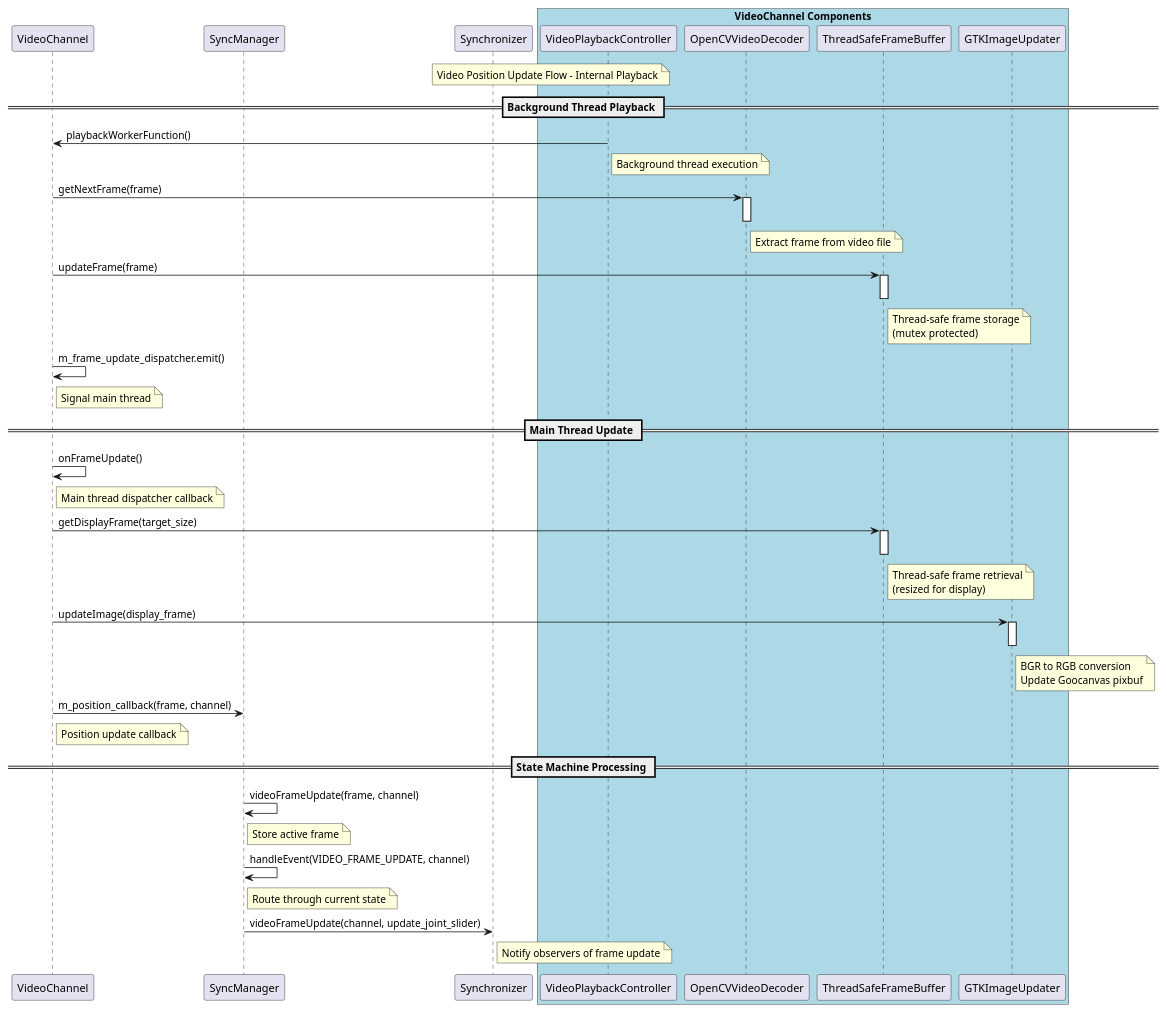
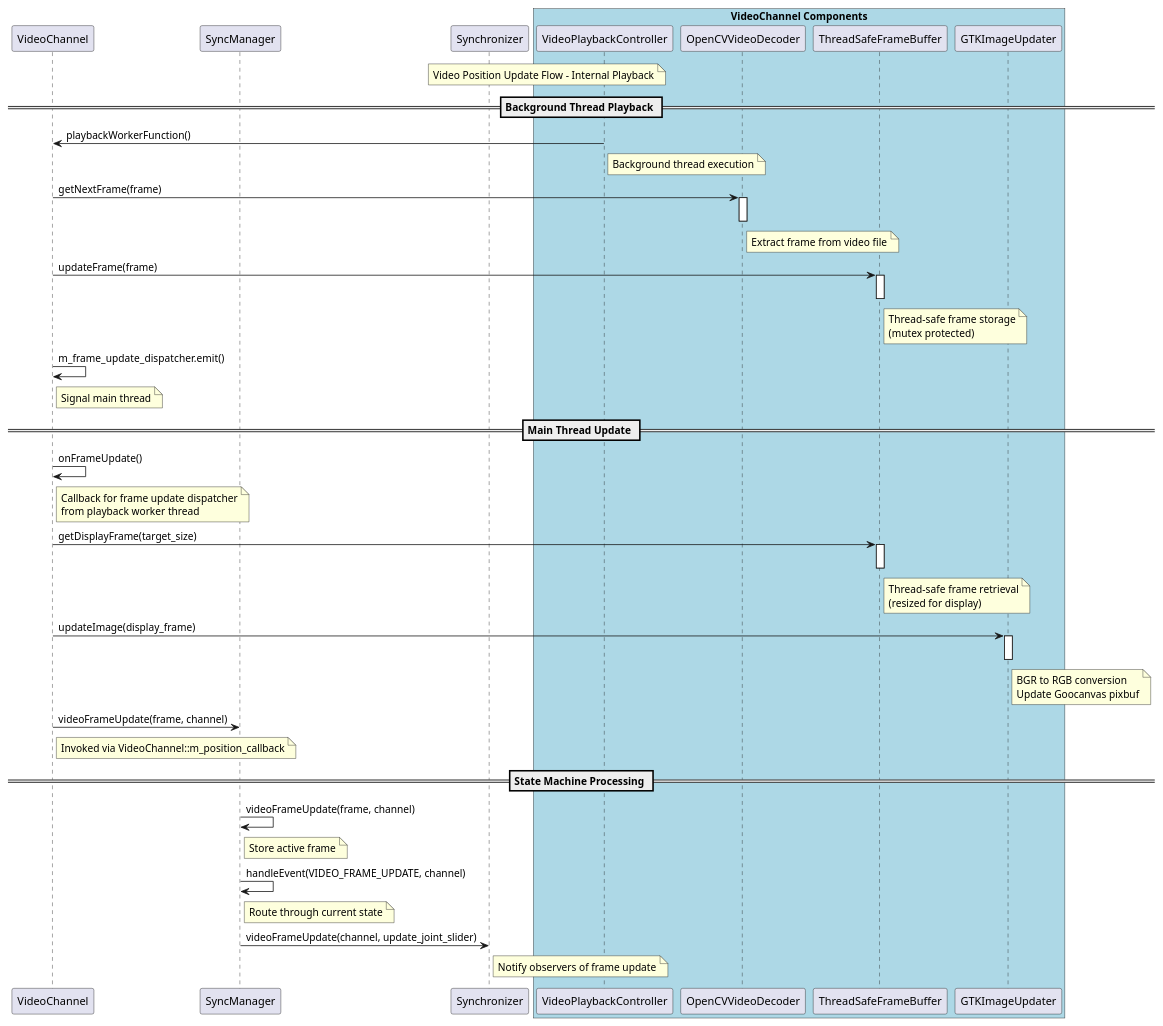
Before and after one commit to timwalsh41/SwingAnalyzer: the third of 4 diagrams in design/Video synchronization and playback.md, drawn with PlantUML. The commit also changed other lines of this file and 3 other files, not shown here.

````diff
--- a/design/Video synchronization and playback.md
+++ b/design/Video synchronization and playback.md
@@ -377,68 +381,68 @@
 ```plantuml
 
 @startuml
 
 participant "VideoPlaybackController" as VPC
 participant "VideoChannel" as VC
 participant "OpenCVVideoDecoder" as VD
 participant "ThreadSafeFrameBuffer" as TSF
 participant "GTKImageUpdater" as GUI
 participant "SyncManager" as SM
 participant "Synchronizer" as SY
 
 box "VideoChannel Components" #LightBlue
     participant VPC
     participant VD
     participant TSF
     participant GUI
 end box
 
 note over VPC, SY : Video Position Update Flow - Internal Playback
 
 == Background Thread Playback ==
 VPC -> VC : playbackWorkerFunction()
 note right of VPC : Background thread execution
 
 VC -> VD : getNextFrame(frame)
 activate VD
 note right of VD : Extract frame from video file
 deactivate VD
 
 VC -> TSF : updateFrame(frame)
 activate TSF
 note right of TSF : Thread-safe frame storage\n(mutex protected)
 deactivate TSF
 
 VC -> VC : m_frame_update_dispatcher.emit()
 note right of VC : Signal main thread
 
 == Main Thread Update ==
 VC -> VC : onFrameUpdate()
-note right of VC : Main thread dispatcher callback
+note right of VC : Callback for frame update dispatcher\nfrom playback worker thread
 
 VC -> TSF : getDisplayFrame(target_size)
 activate TSF
 note right of TSF : Thread-safe frame retrieval\n(resized for display)
 deactivate TSF
 
 VC -> GUI : updateImage(display_frame)
 activate GUI
 note right of GUI : BGR to RGB conversion\nUpdate Goocanvas pixbuf
 deactivate GUI
 
-VC -> SM : m_position_callback(frame, channel)
-note right of VC : Position update callback
+VC -> SM : videoFrameUpdate(frame, channel)
+note right of VC : Invoked via VideoChannel::m_position_callback
 
 == State Machine Processing ==
 SM -> SM : videoFrameUpdate(frame, channel)
 note right of SM : Store active frame
 
 SM -> SM : handleEvent(VIDEO_FRAME_UPDATE, channel)
 note right of SM : Route through current state
 
 SM -> SY : videoFrameUpdate(channel, update_joint_slider)
 note right of SY : Notify observers of frame update
 
 @enduml
 
 ```
````
